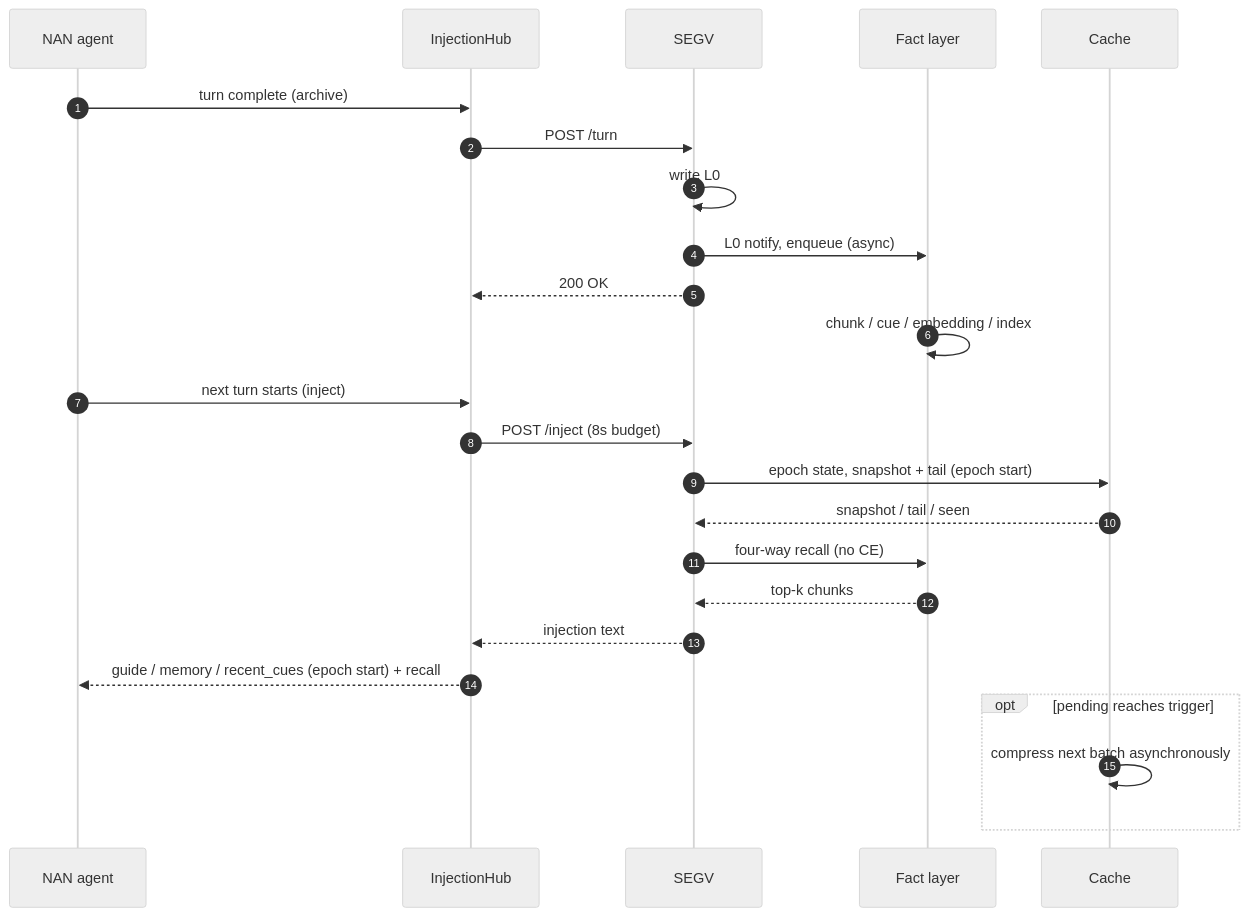
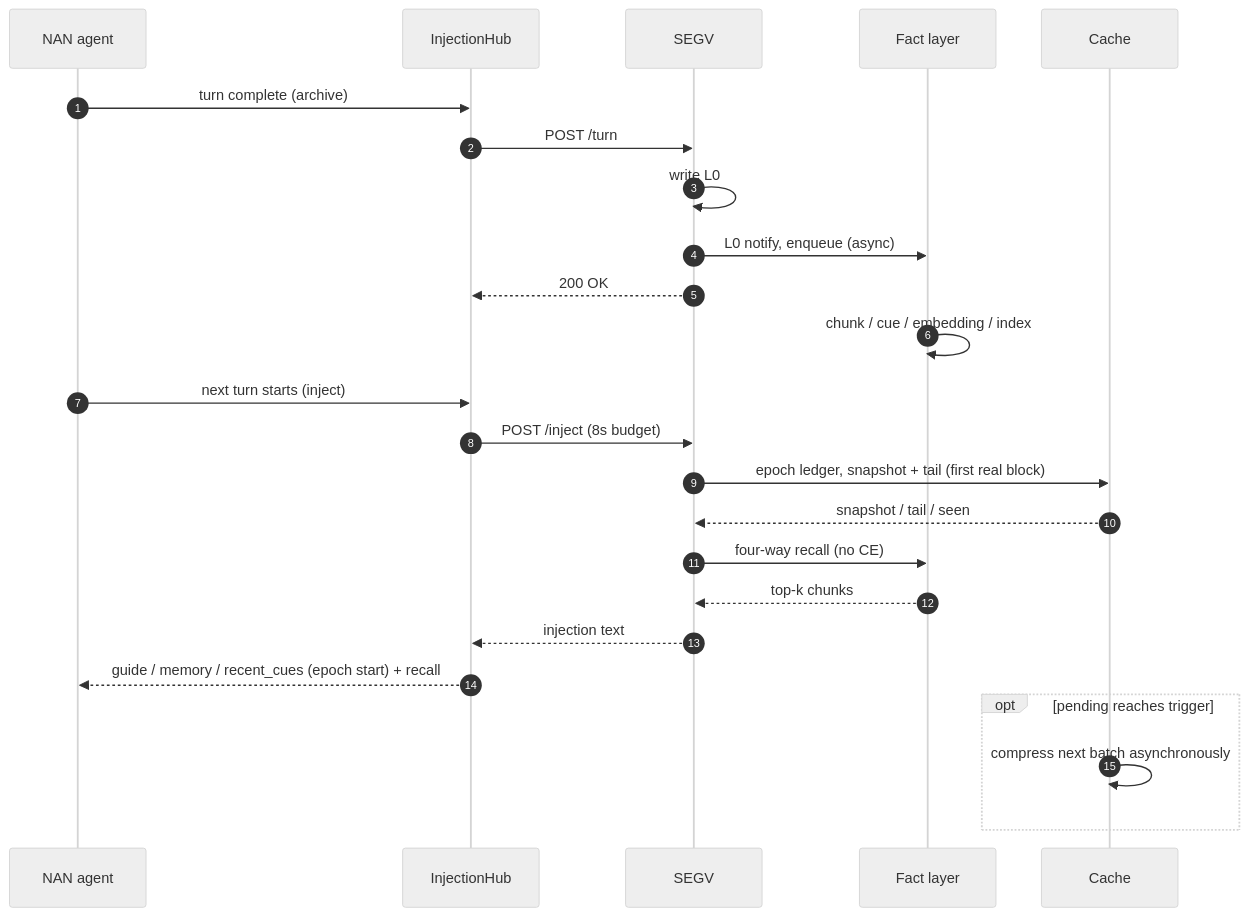
The fourth of 4 diagrams in workspace/services/segv/README.md (DarkSpaceY/NAN-itself), drawn with Mermaid (neutral theme) before and after one commit. The commit also changed other lines of this file and 6 other files, not shown here.

````diff
--- a/workspace/services/segv/README.md
+++ b/workspace/services/segv/README.md
@@ -158,28 +158,28 @@
 ```mermaid
 sequenceDiagram
     autonumber
     participant A as NAN agent
     participant H as InjectionHub
     participant S as SEGV
     participant F as Fact layer
     participant C as Cache
 
     A->>H: turn complete (archive)
     H->>S: POST /turn
     S->>S: write L0
     S->>F: L0 notify, enqueue (async)
     S-->>H: 200 OK
     F->>F: chunk / cue / embedding / index
 
     A->>H: next turn starts (inject)
     H->>S: POST /inject (8s budget)
-    S->>C: epoch state, snapshot + tail (epoch start)
+    S->>C: epoch ledger, snapshot + tail (first real block)
     C-->>S: snapshot / tail / seen
     S->>F: four-way recall (no CE)
     F-->>S: top-k chunks
     S-->>H: injection text
     H-->>A: guide / memory / recent_cues (epoch start) + recall
     opt pending reaches trigger
         C->>C: compress next batch asynchronously
     end
 ```
````
